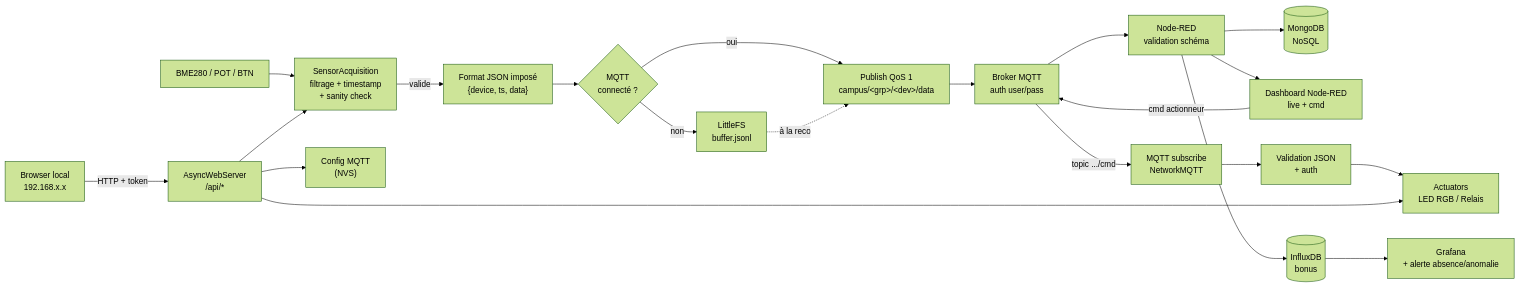
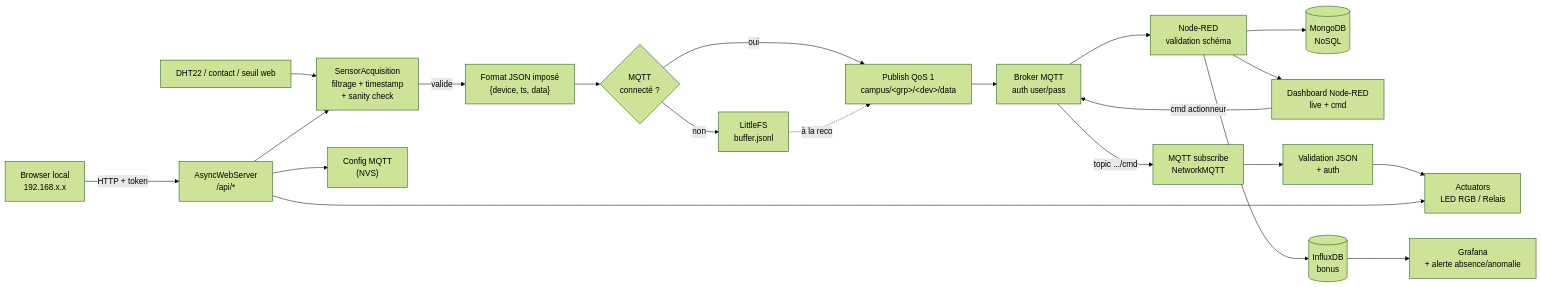
One commit to Jaden38/esp32-secure-iot-station changed the third of 3 diagrams in README.md. Above: the diagram before and after it, drawn with Mermaid (forest theme). The commit also changed other lines of this file, not shown here.

````diff
--- a/README.md
+++ b/README.md
@@ -123,27 +126,27 @@
 ```mermaid
 flowchart LR
-    BME["BME280 / POT / BTN"] --> ACQ["SensorAcquisition<br/>filtrage + timestamp<br/>+ sanity check"]
+    BME["DHT22 / contact / seuil web"] --> ACQ["SensorAcquisition<br/>filtrage + timestamp<br/>+ sanity check"]
     ACQ -->|valide| FMT["Format JSON imposé<br/>{device, ts, data}"]
     FMT --> RT{"MQTT<br/>connecté ?"}
 
     RT -->|oui| PUB["Publish QoS 1<br/>campus/&lt;grp&gt;/&lt;dev&gt;/data"]
     RT -->|non| BUF["LittleFS<br/>buffer.jsonl"]
     BUF -.->|à la reco| PUB
 
     PUB --> BRK["Broker MQTT<br/>auth user/pass"]
     BRK --> NR["Node-RED<br/>validation schéma"]
     NR --> MONGO[("MongoDB<br/>NoSQL")]
     NR --> DASH["Dashboard Node-RED<br/>live + cmd"]
     NR --> INFLUX[("InfluxDB<br/>bonus")]
     INFLUX --> GRAF["Grafana<br/>+ alerte absence/anomalie"]
 
     DASH -->|cmd actionneur| BRK
     BRK -->|topic .../cmd| SUB["MQTT subscribe<br/>NetworkMQTT"]
     SUB --> VAL["Validation JSON<br/>+ auth"]
     VAL --> ACT["Actuators<br/>LED RGB / Relais"]
 
     WEB["Browser local<br/>192.168.x.x"] -->|HTTP + token| AWS["AsyncWebServer<br/>/api/*"]
     AWS --> ACT
     AWS --> ACQ
     AWS --> CFG["Config MQTT<br/>(NVS)"]
 ```
````
